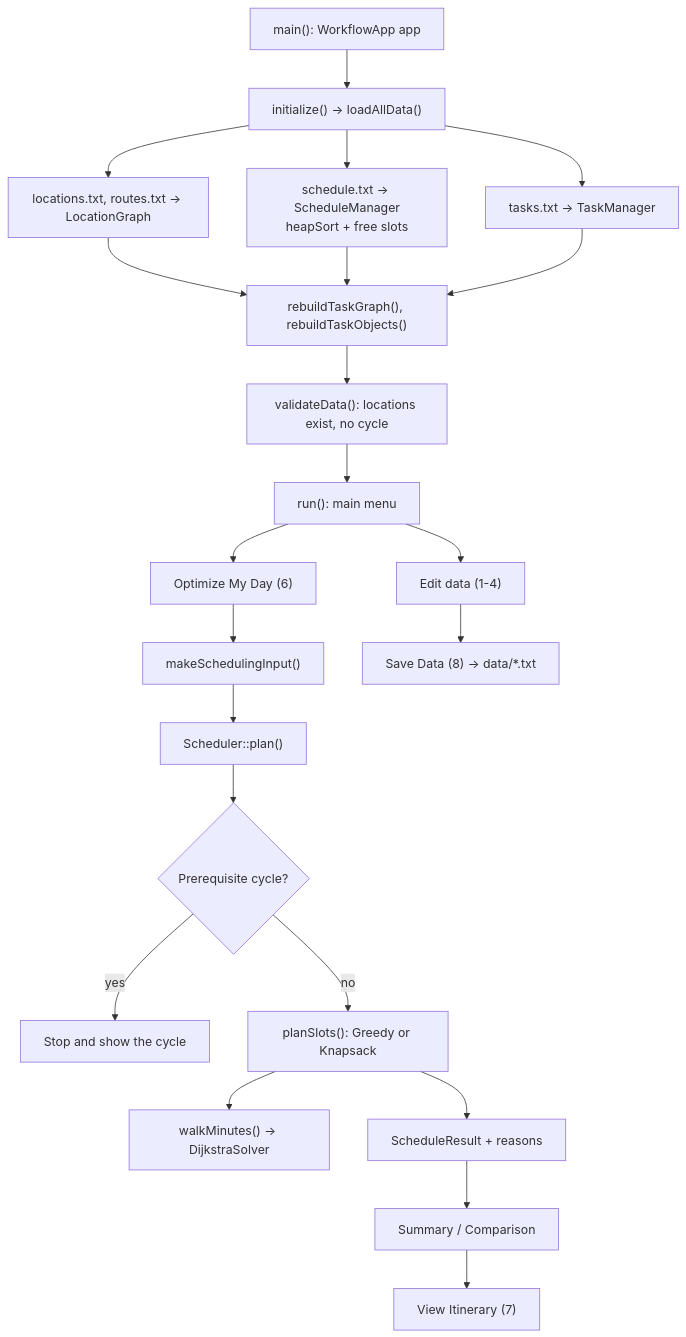
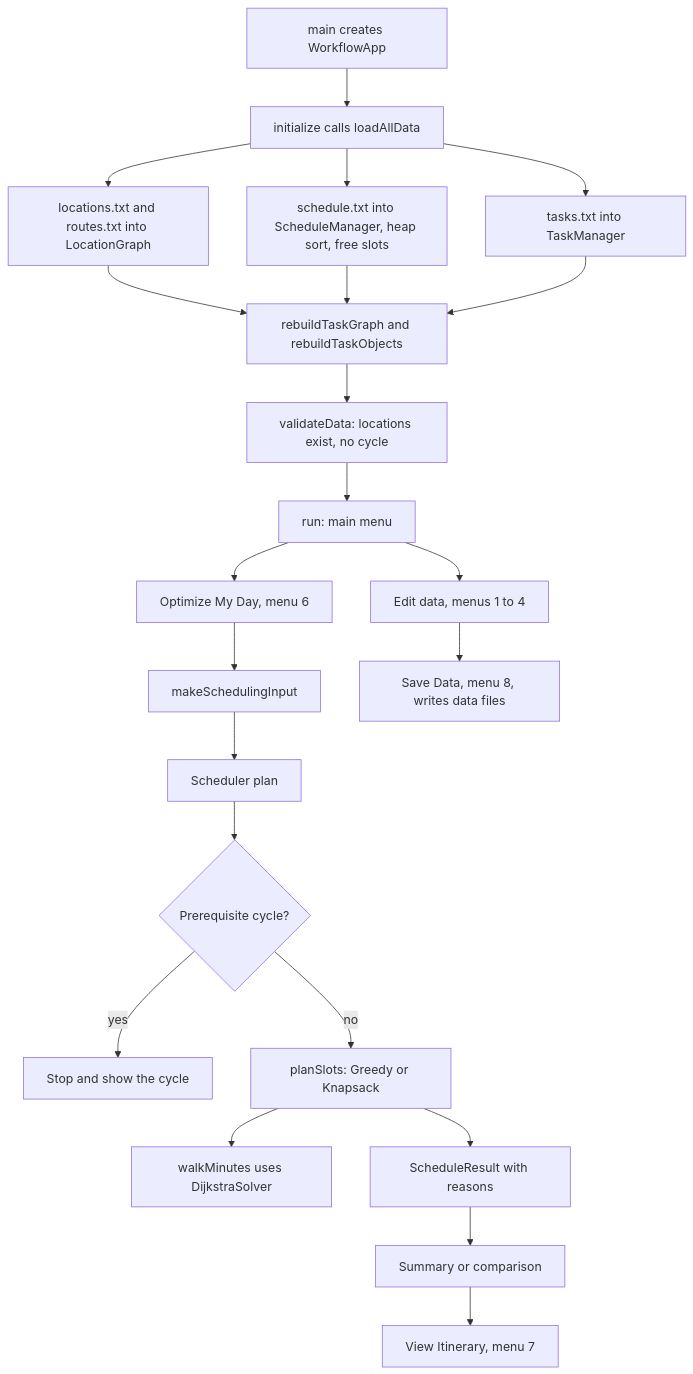
Before and after one commit to AkhilSemwal/PBL: the fourth of 4 diagrams in README.md, drawn with Mermaid. The commit also changed other lines of this file, not shown here.

````diff
--- a/README.md
+++ b/README.md
@@ -517,23 +517,24 @@
 ```mermaid
-flowchart TD
-    A["main(): WorkflowApp app"] --> B["initialize() -> loadAllData()"]
-    B --> C["locations.txt, routes.txt -> LocationGraph"]
-    B --> D["schedule.txt -> ScheduleManager<br/>heapSort + free slots"]
-    B --> E["tasks.txt -> TaskManager"]
-    C --> F["rebuildTaskGraph(), rebuildTaskObjects()"]
+graph TD
+    A["main creates WorkflowApp"] --> B["initialize calls loadAllData"]
+    B --> C["locations.txt and routes.txt into LocationGraph"]
+    B --> D["schedule.txt into ScheduleManager, heap sort, free slots"]
+    B --> E["tasks.txt into TaskManager"]
+    C --> F["rebuildTaskGraph and rebuildTaskObjects"]
     D --> F
     E --> F
-    F --> G["validateData(): locations exist, no cycle"]
-    G --> H["run(): main menu"]
-    H --> I["Optimize My Day (6)"]
-    I --> J["makeSchedulingInput()"]
-    J --> K["Scheduler::plan()"]
+    F --> G["validateData: locations exist, no cycle"]
+    G --> H["run: main menu"]
+    H --> I["Optimize My Day, menu 6"]
+    I --> J["makeSchedulingInput"]
+    J --> K["Scheduler plan"]
     K --> L{"Prerequisite cycle?"}
-    L -- yes --> M["Stop and show the cycle"]
-    L -- no --> N["planSlots(): Greedy or Knapsack"]
-    N --> O["walkMinutes() -> DijkstraSolver"]
-    N --> P["ScheduleResult + reasons"]
-    P --> Q["Summary / Comparison"]
-    Q --> R["View Itinerary (7)"]
-    H --> S["Edit data (1-4)"] --> T["Save Data (8) -> data/*.txt"]
+    L -->|yes| M["Stop and show the cycle"]
+    L -->|no| N["planSlots: Greedy or Knapsack"]
+    N --> O["walkMinutes uses DijkstraSolver"]
+    N --> P["ScheduleResult with reasons"]
+    P --> Q["Summary or comparison"]
+    Q --> R["View Itinerary, menu 7"]
+    H --> S["Edit data, menus 1 to 4"]
+    S --> T["Save Data, menu 8, writes data files"]
 ```
````
